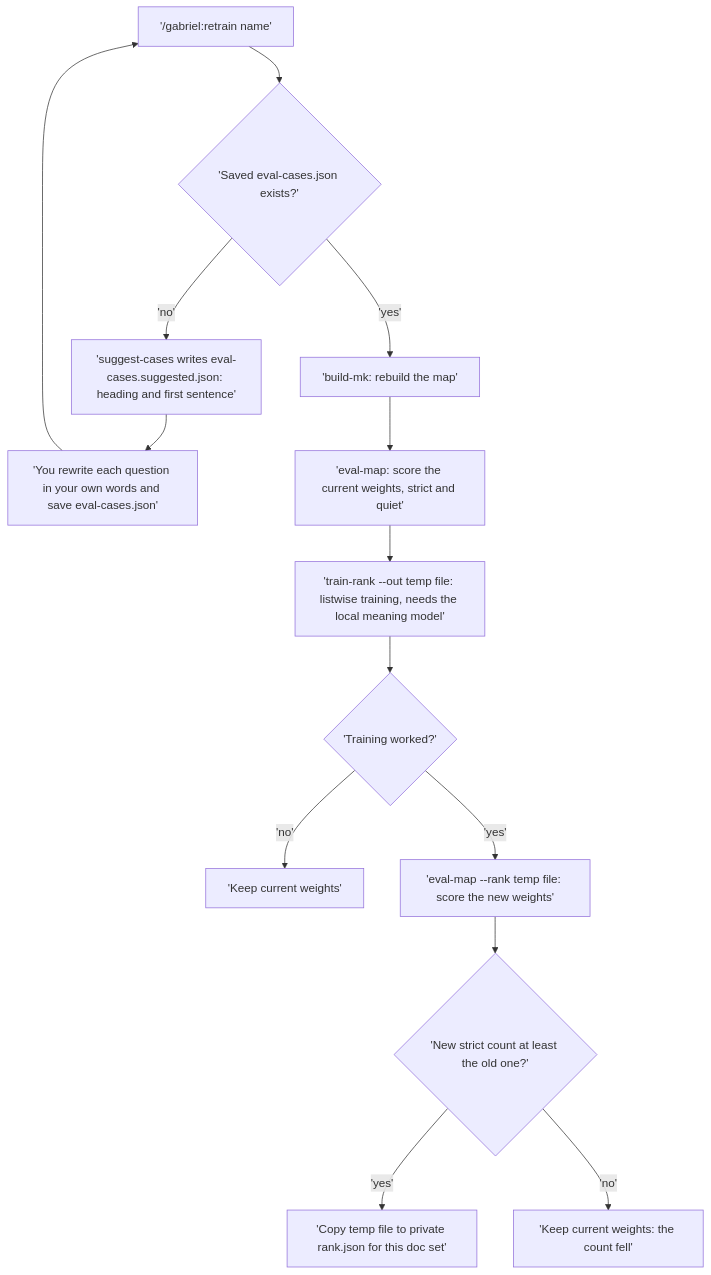
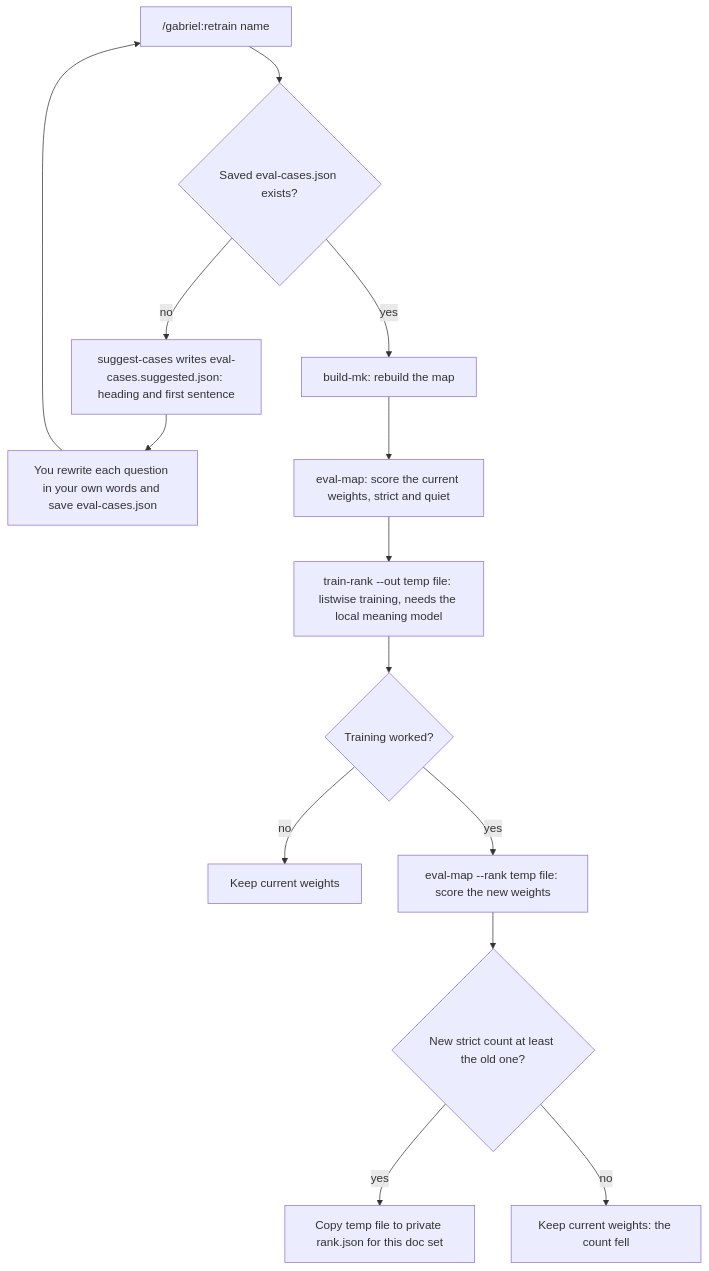
The sixth of 10 diagrams in docs/WORKFLOWS.md (ThanhNVan/gabriel-plugin), drawn with Mermaid before and after one commit. The commit also changed other lines of this file and 20 other files, not shown here.

````diff
--- a/docs/WORKFLOWS.md
+++ b/docs/WORKFLOWS.md
@@ -181,16 +181,16 @@
 ```mermaid
 flowchart TD
-  A['/gabriel:retrain name'] --> D1{'Saved eval-cases.json exists?'}
-  D1 -- 'no' --> SU['suggest-cases writes eval-cases.suggested.json: heading and first sentence']
-  SU --> HW['You rewrite each question in your own words and save eval-cases.json']
+  A["/gabriel:retrain name"] --> D1{"Saved eval-cases.json exists?"}
+  D1 -- "no" --> SU["suggest-cases writes eval-cases.suggested.json: heading and first sentence"]
+  SU --> HW["You rewrite each question in your own words and save eval-cases.json"]
   HW --> A
-  D1 -- 'yes' --> B['build-mk: rebuild the map']
-  B --> E1['eval-map: score the current weights, strict and quiet']
-  E1 --> TR['train-rank --out temp file: listwise training, needs the local meaning model']
-  TR --> D2{'Training worked?'}
-  D2 -- 'no' --> K0['Keep current weights']
-  D2 -- 'yes' --> E2['eval-map --rank temp file: score the new weights']
-  E2 --> D3{'New strict count at least the old one?'}
-  D3 -- 'yes' --> SV['Copy temp file to private rank.json for this doc set']
-  D3 -- 'no' --> K1['Keep current weights: the count fell']
+  D1 -- "yes" --> B["build-mk: rebuild the map"]
+  B --> E1["eval-map: score the current weights, strict and quiet"]
+  E1 --> TR["train-rank --out temp file: listwise training, needs the local meaning model"]
+  TR --> D2{"Training worked?"}
+  D2 -- "no" --> K0["Keep current weights"]
+  D2 -- "yes" --> E2["eval-map --rank temp file: score the new weights"]
+  E2 --> D3{"New strict count at least the old one?"}
+  D3 -- "yes" --> SV["Copy temp file to private rank.json for this doc set"]
+  D3 -- "no" --> K1["Keep current weights: the count fell"]
 ```
````
